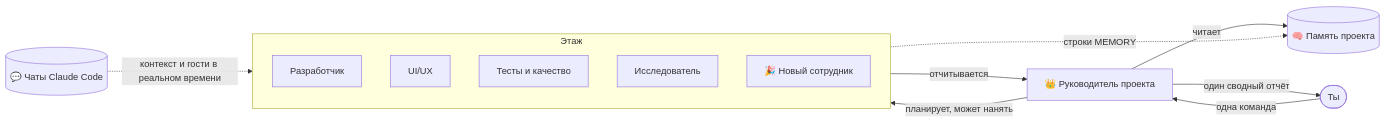
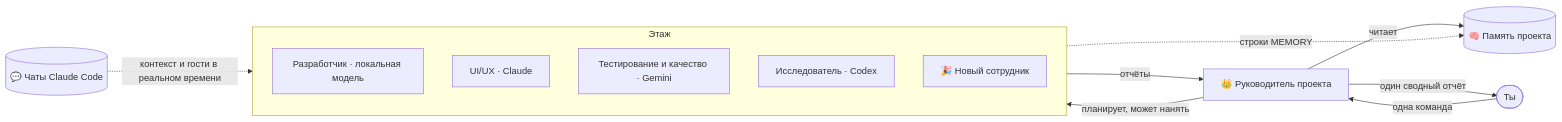
One commit to RealMrNovember/Atrium changed the diagram in docs/readme/README.ru.md. Above: the diagram before and after it, drawn with Mermaid. The commit also changed other lines of this file and 23 other files, not shown here.

````diff
--- a/docs/readme/README.ru.md
+++ b/docs/readme/README.ru.md
@@ -65,17 +107,17 @@
 ```mermaid
 flowchart LR
     You([Ты]) -- одна команда --> Lead[👑 Руководитель проекта]
     Lead -- читает --> Mem[(🧠 Память проекта)]
     Lead -- планирует, может нанять --> Team
     subgraph Team [Этаж]
-      Dev[Разработчик]
-      UX[UI/UX]
-      QA[Тесты и качество]
-      Res[Исследователь]
+      Dev[Разработчик · локальная модель]
+      UX[UI/UX · Claude]
+      QA[Тестирование и качество · Gemini]
+      Res[Исследователь · Codex]
       New[🎉 Новый сотрудник]
     end
-    Team -- отчитывается --> Lead
+    Team -- отчёты --> Lead
     Lead -- один сводный отчёт --> You
     Team -. строки MEMORY .-> Mem
     Chats[(💬 Чаты Claude Code)] -. контекст и гости в реальном времени .-> Team
 ```
````
